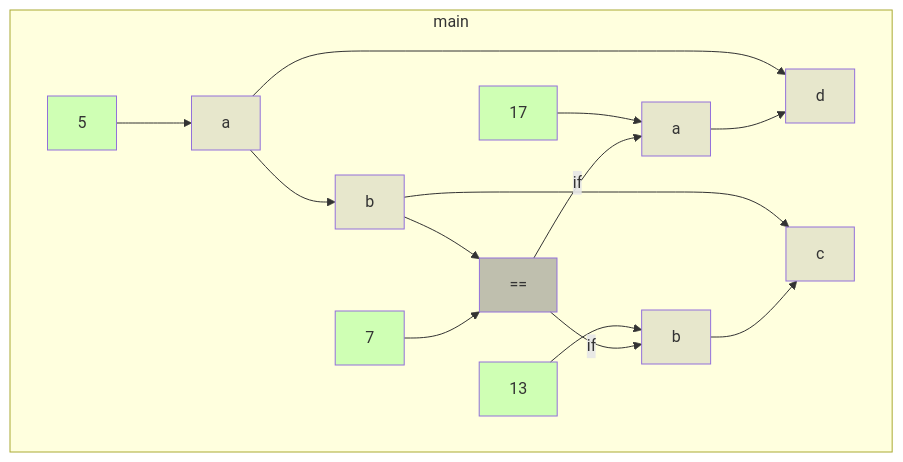
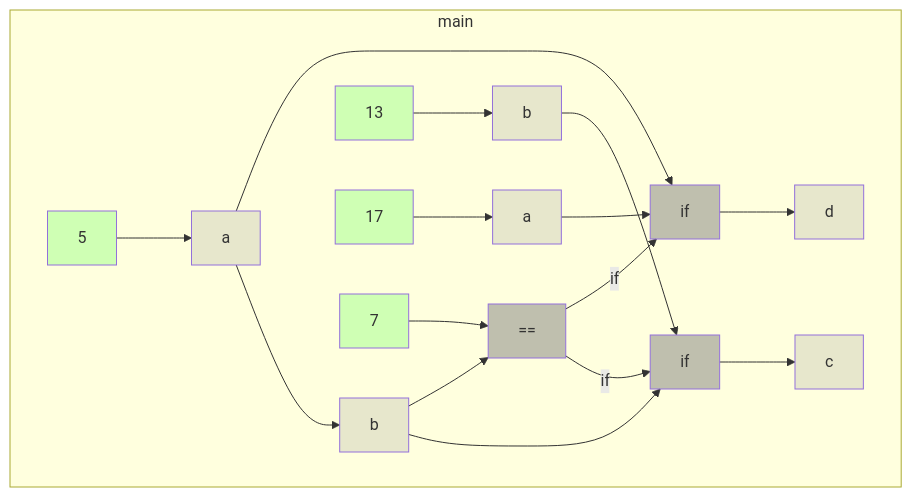
The diagram in app/src/test/resources/if1/spike-truth.md (gstiebler/codeflow), drawn with Mermaid before and after one commit. The commit also changed 17 other files, not shown here.

````diff
--- a/app/src/test/resources/if1/spike-truth.md
+++ b/app/src/test/resources/if1/spike-truth.md
@@ -3,35 +3,39 @@
 ```mermaid
 flowchart TD
   subgraph m0["main"]
     n0["=="]:::BIN_OP
-    n1["13"]:::LITERAL
-    n2["17"]:::LITERAL
-    n3["5"]:::LITERAL
-    n4["7"]:::LITERAL
-    n5["a"]:::VARIABLE
-    n6["a"]:::VARIABLE
-    n7["b"]:::VARIABLE
-    n8["b"]:::VARIABLE
-    n9["c"]:::VARIABLE
-    n10["d"]:::VARIABLE
+    n1["if"]:::BIN_OP
+    n2["if"]:::BIN_OP
+    n3["13"]:::LITERAL
+    n4["17"]:::LITERAL
+    n5["5"]:::LITERAL
+    n6["7"]:::LITERAL
+    n7["a"]:::VARIABLE
+    n8["a"]:::VARIABLE
+    n9["b"]:::VARIABLE
+    n10["b"]:::VARIABLE
+    n11["c"]:::VARIABLE
+    n12["d"]:::VARIABLE
   end
-  n0 -->|if| n5
-  n0 -->|if| n7
-  n1 --> n7
-  n2 --> n5
-  n3 --> n6
-  n4 --> n0
-  n5 --> n10
-  n6 --> n10
-  n6 --> n8
-  n7 --> n9
-  n8 --> n0
-  n8 --> n9
+  n0 -->|if| n1
+  n0 -->|if| n2
+  n1 --> n12
+  n10 --> n0
+  n10 --> n2
+  n2 --> n11
+  n3 --> n9
+  n4 --> n7
+  n5 --> n8
+  n6 --> n0
+  n7 --> n1
+  n8 --> n1
+  n8 --> n10
+  n9 --> n2
   classDef LITERAL fill:#00FF0030
   classDef VARIABLE fill:#80808030
   classDef BIN_OP fill:#80808080
   classDef FUNC_PARAM fill:#8080FF30
   classDef RETURN fill:#FF808080
   classDef EXTERNAL fill:#FFA50040
   classDef UNMODELLED fill:#FF000030,stroke-dasharray: 4 2
 ```
````
